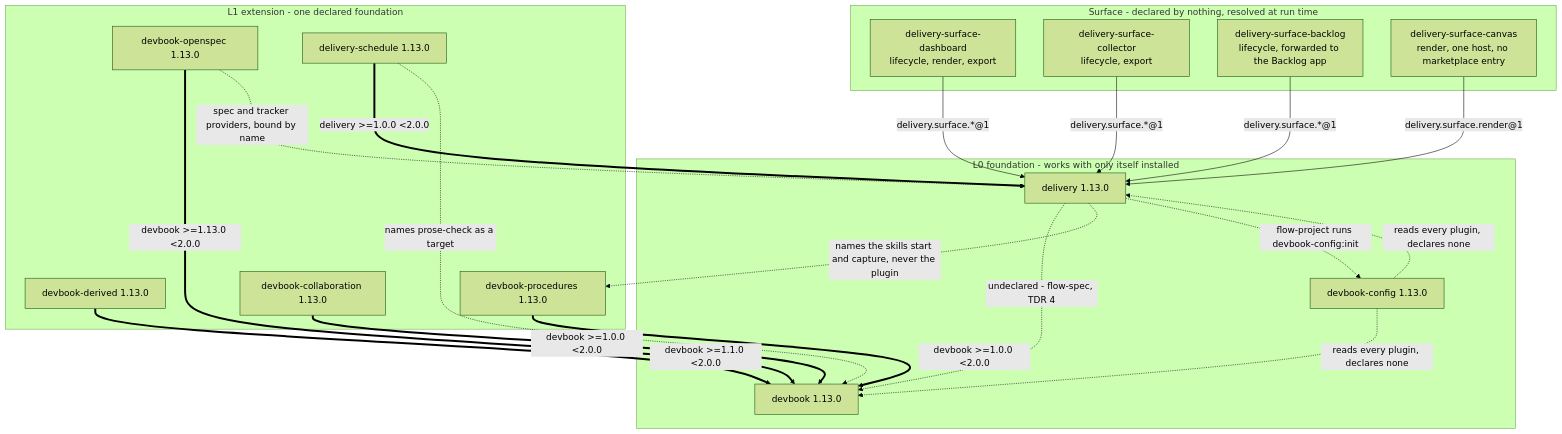
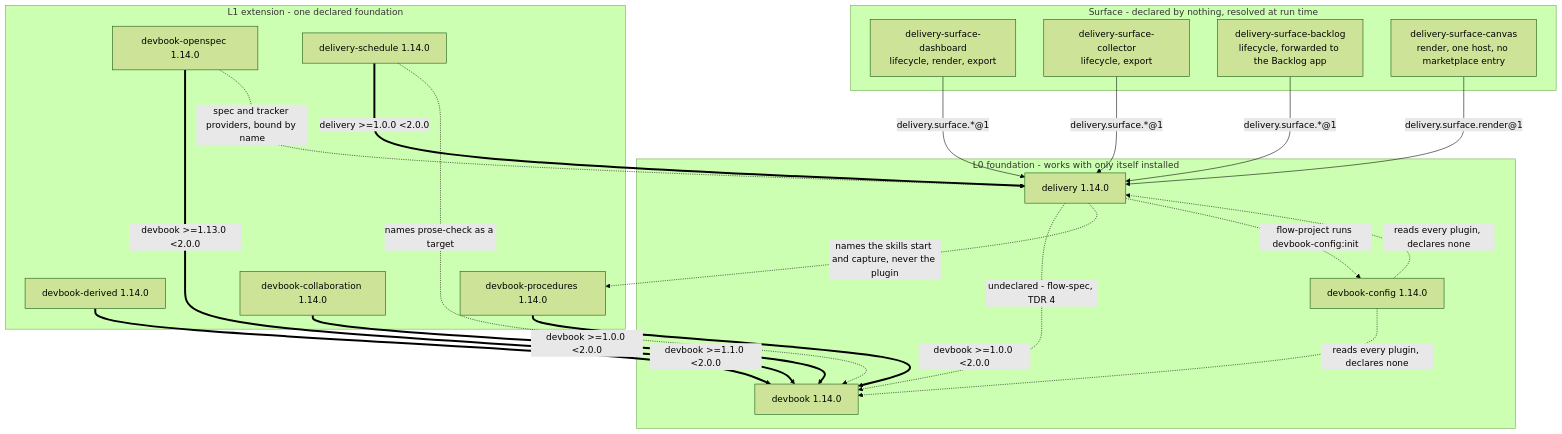
The first of 3 diagrams in .devbook/arc42/05-building-block-view.md (JSdotNet/ai-agent-stack), drawn with Mermaid (forest theme) before and after one commit. The commit also changed 26 other files, not shown here.

````diff
--- a/.devbook/arc42/05-building-block-view.md
+++ b/.devbook/arc42/05-building-block-view.md
@@ -28,42 +28,42 @@
 ```mermaid
 flowchart TB
     subgraph L0["L0 foundation - works with only itself installed"]
-        DEV["devbook 1.13.0"]
-        DEL["delivery 1.13.0"]
-        CFG["devbook-config 1.13.0"]
+        DEV["devbook 1.14.0"]
+        DEL["delivery 1.14.0"]
+        CFG["devbook-config 1.14.0"]
     end
 
     subgraph L1["L1 extension - one declared foundation"]
-        DBD["devbook-derived 1.13.0"]
-        DPR["devbook-procedures 1.13.0"]
-        DBC["devbook-collaboration 1.13.0"]
-        DOS["devbook-openspec 1.13.0"]
-        SCH["delivery-schedule 1.13.0"]
+        DBD["devbook-derived 1.14.0"]
+        DPR["devbook-procedures 1.14.0"]
+        DBC["devbook-collaboration 1.14.0"]
+        DOS["devbook-openspec 1.14.0"]
+        SCH["delivery-schedule 1.14.0"]
     end
 
     subgraph SURF["Surface - declared by nothing, resolved at run time"]
         SD["delivery-surface-dashboard<br/>lifecycle, render, export"]
         SL["delivery-surface-collector<br/>lifecycle, export"]
         SB["delivery-surface-backlog<br/>lifecycle, forwarded to the Backlog app"]
         SC["delivery-surface-canvas<br/>render, one host, no marketplace entry"]
     end
 
     DBD ==>|"devbook >=1.1.0 &lt;2.0.0"| DEV
     DPR ==>|"devbook >=1.0.0 &lt;2.0.0"| DEV
     DBC ==>|"devbook >=1.0.0 &lt;2.0.0"| DEV
     DOS ==>|"devbook >=1.13.0 &lt;2.0.0"| DEV
     SCH ==>|"delivery >=1.0.0 &lt;2.0.0"| DEL
 
     SD -->|"delivery.surface.*@1"| DEL
     SL -->|"delivery.surface.*@1"| DEL
     SB -->|"delivery.surface.*@1"| DEL
     SC -->|"delivery.surface.render@1"| DEL
 
     SCH -.->|"names prose-check as a target"| DEV
     DEL -.->|"undeclared - flow-spec, TDR 4"| DEV
     DEL -.->|"names the skills start and capture, never the plugin"| DPR
     CFG -.->|"reads every plugin, declares none"| DEV
     CFG -.->|"reads every plugin, declares none"| DEL
     DEL -.->|"flow-project runs devbook-config:init"| CFG
     DOS -.->|"spec and tracker providers, bound by name"| DEL
 ```
````
